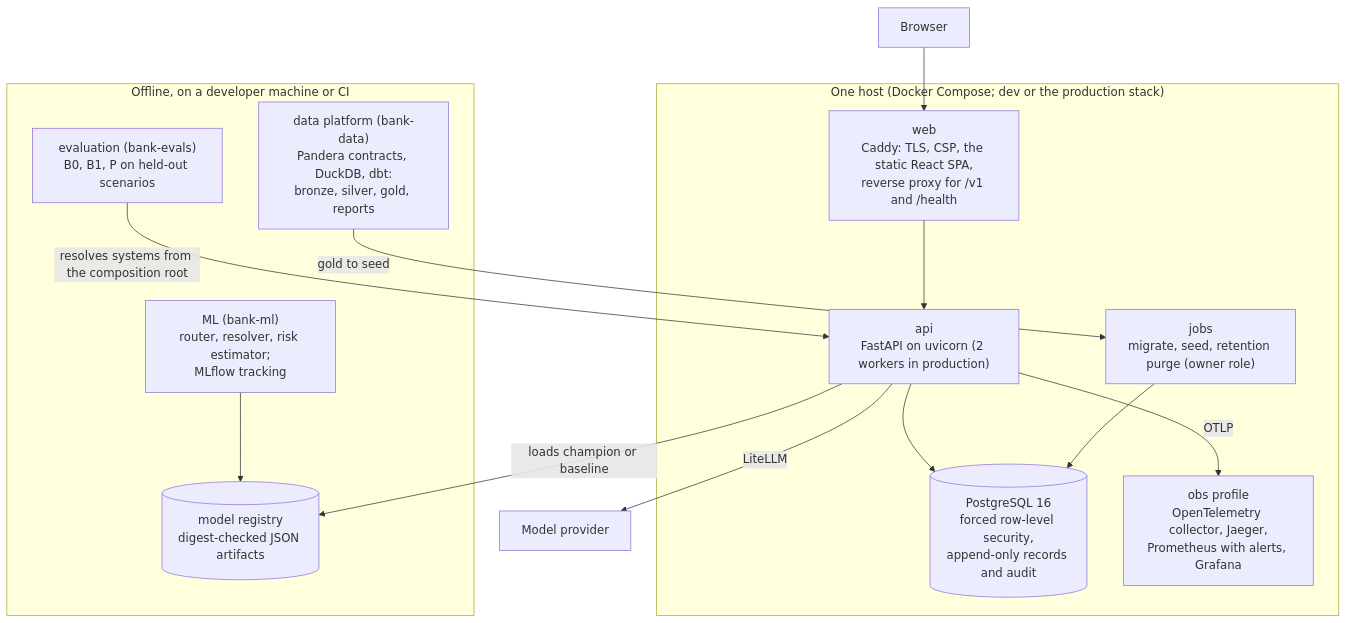
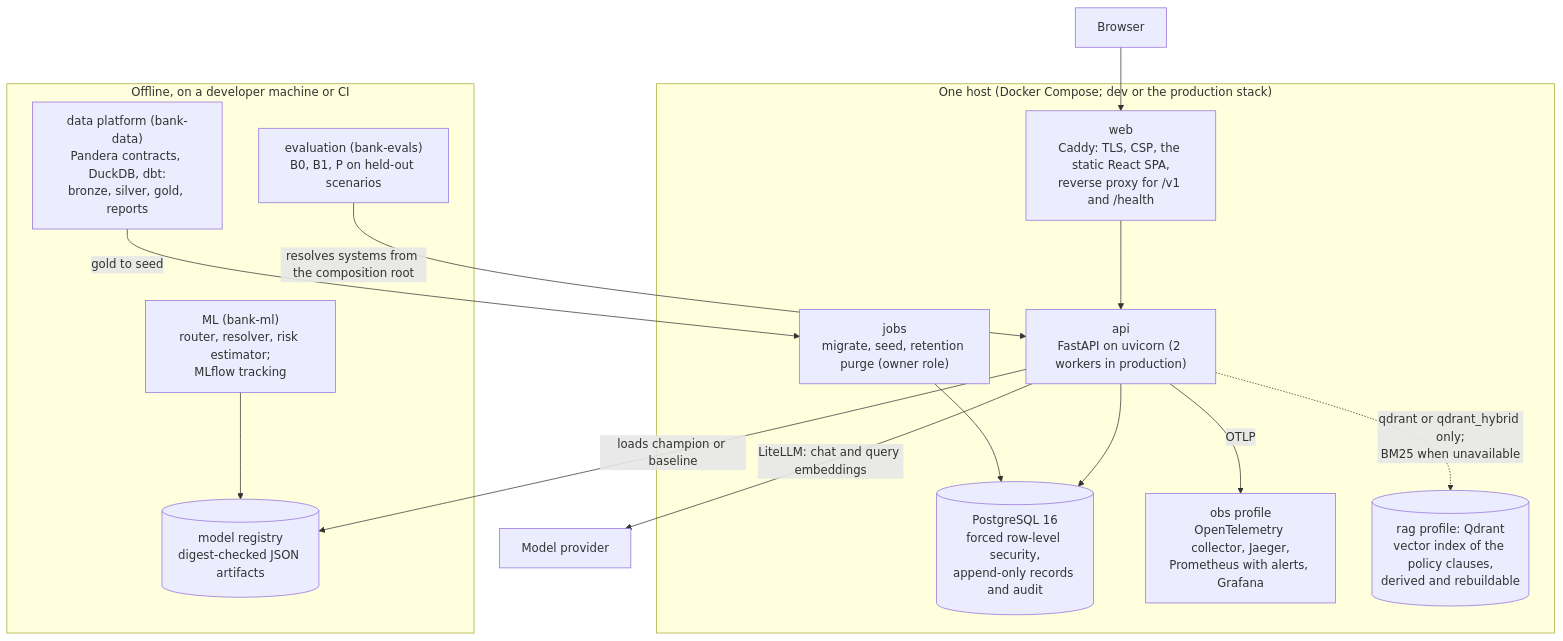
One commit to Youngermaster/factored-hackathon-2026-la-brasil-del-70 changed the second of 4 diagrams in docs/architecture/overview.md. Above: the diagram before and after it, drawn with Mermaid. The commit also changed other lines of this file and 14 other files, not shown here.

````diff
--- a/docs/architecture/overview.md
+++ b/docs/architecture/overview.md
@@ -24,26 +24,28 @@
 ```mermaid
 flowchart TB
     browser["Browser"] --> web
     subgraph host["One host (Docker Compose; dev or the production stack)"]
         web["web<br/>Caddy: TLS, CSP, the static React SPA,<br/>reverse proxy for /v1 and /health"]
         api["api<br/>FastAPI on uvicorn (2 workers in production)"]
         jobs["jobs<br/>migrate, seed, retention purge (owner role)"]
         pg[("PostgreSQL 16<br/>forced row-level security,<br/>append-only records and audit")]
         obs["obs profile<br/>OpenTelemetry collector, Jaeger,<br/>Prometheus with alerts, Grafana"]
+        qdrant[("rag profile: Qdrant<br/>vector index of the policy clauses,<br/>derived and rebuildable")]
     end
     subgraph offline["Offline, on a developer machine or CI"]
         dp["data platform (bank-data)<br/>Pandera contracts, DuckDB, dbt:<br/>bronze, silver, gold, reports"]
         mlp["ML (bank-ml)<br/>router, resolver, risk estimator;<br/>MLflow tracking"]
         ev["evaluation (bank-evals)<br/>B0, B1, P on held-out scenarios"]
         reg[("model registry<br/>digest-checked JSON artifacts")]
     end
     web --> api
     api --> pg
     jobs --> pg
     api -- "OTLP" --> obs
-    api -- "LiteLLM" --> llm["Model provider"]
+    api -- "LiteLLM: chat and query embeddings" --> llm["Model provider"]
+    api -. "qdrant or qdrant_hybrid only;<br/>BM25 when unavailable" .-> qdrant
     dp -- "gold to seed" --> jobs
     mlp --> reg
     api -- "loads champion or baseline" --> reg
     ev -- "resolves systems from the composition root" --> api
 ```
````
